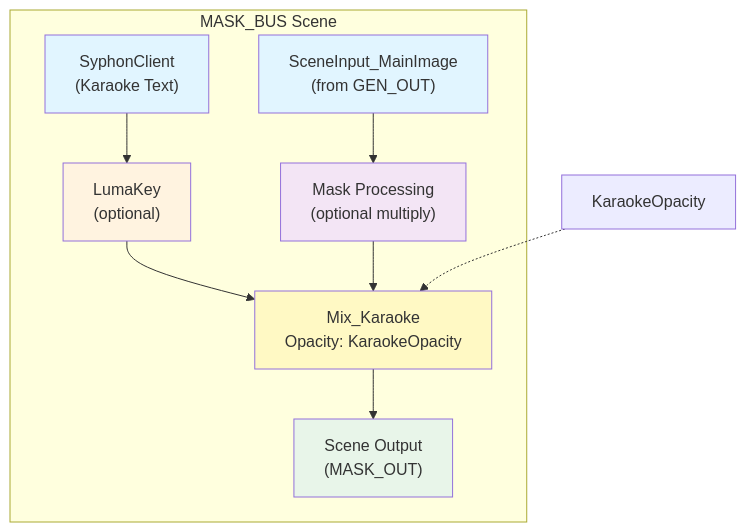
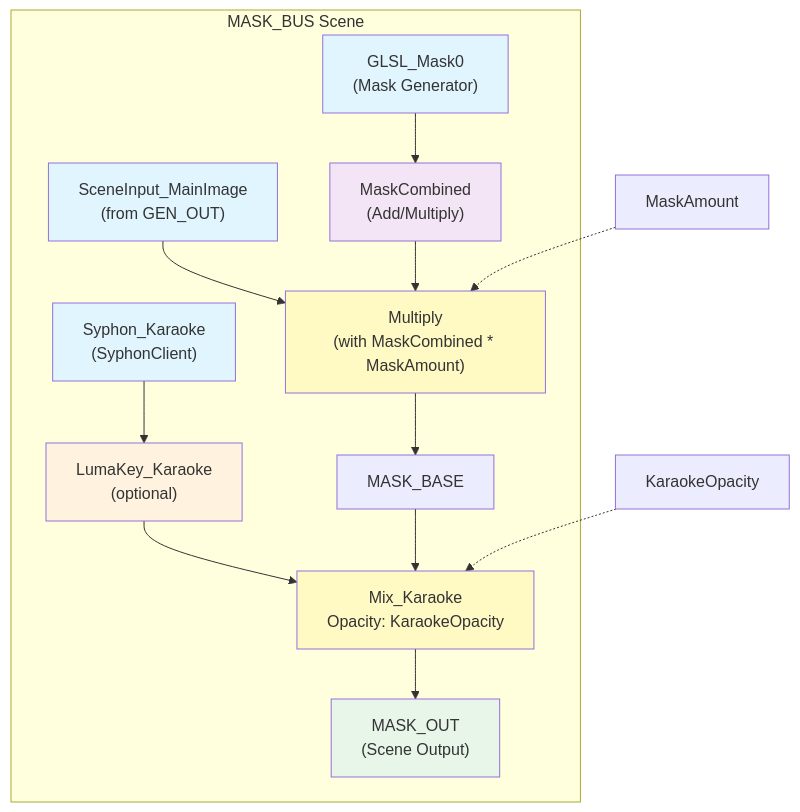
Before and after one commit to abossard/synesthesia-visuals: diagram 15 of 17 in docs/mmv-master-pipeline-guide.md, drawn with Mermaid. The commit also changed other lines of this file, not shown here.

````diff
--- a/docs/mmv-master-pipeline-guide.md
+++ b/docs/mmv-master-pipeline-guide.md
@@ -808,21 +891,29 @@
 ```mermaid
 flowchart TD
     subgraph MASK_SCENE["MASK_BUS Scene"]
-        SCENE_IN["SceneInput_MainImage<br/>(from GEN_OUT)"] --> MASK_PROC["Mask Processing<br/>(optional multiply)"]
+        SCENE_IN["SceneInput_MainImage<br/>(from GEN_OUT)"] --> MASK_MULT["Multiply<br/>(with MaskCombined * MaskAmount)"]
         
-        SYPHON_K["SyphonClient<br/>(Karaoke Text)"] --> LUMA["LumaKey<br/>(optional)"]
-        LUMA --> MIX_K["Mix_Karaoke<br/>Opacity: KaraokeOpacity"]
+        MASK_GEN["GLSL_Mask0<br/>(Mask Generator)"] --> MASK_COMB["MaskCombined<br/>(Add/Multiply)"]
+        MASK_COMB --> MASK_MULT
         
-        MASK_PROC --> MIX_K
-        MIX_K --> MASK_OUT["Scene Output<br/>(MASK_OUT)"]
+        MASK_MULT --> MASK_BASE["MASK_BASE"]
+        
+        SYPHON_K["Syphon_Karaoke<br/>(SyphonClient)"] --> LUMA_K["LumaKey_Karaoke<br/>(optional)"]
+        LUMA_K --> MIX_K["Mix_Karaoke<br/>Opacity: KaraokeOpacity"]
+        
+        MASK_BASE --> MIX_K
+        MIX_K --> MASK_OUT["MASK_OUT<br/>(Scene Output)"]
     end
     
+    MASK_AMT["MaskAmount"] -.-> MASK_MULT
     KAR_OP["KaraokeOpacity"] -.-> MIX_K
     
     style SCENE_IN fill:#e1f5ff
     style SYPHON_K fill:#e1f5ff
-    style LUMA fill:#fff3e0
-    style MASK_PROC fill:#f3e5f5
+    style MASK_GEN fill:#e1f5ff
+    style LUMA_K fill:#fff3e0
+    style MASK_COMB fill:#f3e5f5
+    style MASK_MULT fill:#fff9c4
     style MIX_K fill:#fff9c4
     style MASK_OUT fill:#e8f5e9
 ```
````
